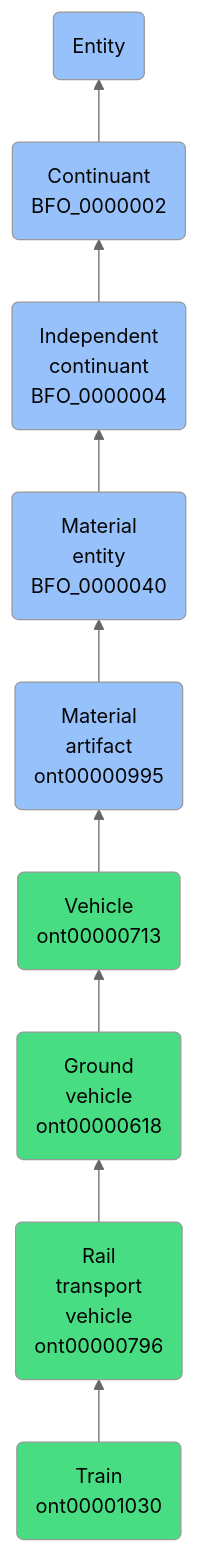
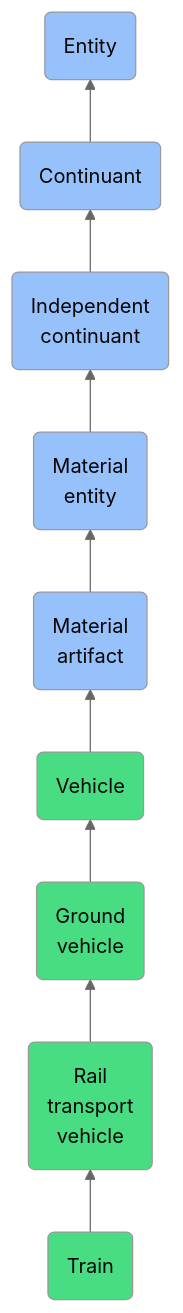
The diagram in docs/ontology/reference/model/Entity/Continuant/Independent continuant/Material entity/Material artifact/Vehicle/Ground vehicle/Rail transport vehicle/Train/Train.md (jupyter-naas/abi), drawn with Mermaid (neutral theme) before and after one commit. The commit also changed other lines of this file and 1430 other files, not shown here.

````diff
--- a/docs/ontology/reference/model/Entity/Continuant/Independent continuant/Material entity/Material artifact/Vehicle/Ground vehicle/Rail transport vehicle/Train/Train.md
+++ b/docs/ontology/reference/model/Entity/Continuant/Independent continuant/Material entity/Material artifact/Vehicle/Ground vehicle/Rail transport vehicle/Train/Train.md
@@ -25,16 +25,16 @@
 ```mermaid
 graph BT
-    ont00001030(Train<br>ont00001030):::ABI-->ont00000796
-    ont00000796(Rail<br>transport<br>vehicle<br>ont00000796):::ABI-->ont00000618
-    ont00000618(Ground<br>vehicle<br>ont00000618):::ABI-->ont00000713
-    ont00000713(Vehicle<br>ont00000713):::ABI-->ont00000995
-    ont00000995(Material<br>artifact<br>ont00000995):::BFO-->BFO_0000040
-    BFO_0000040(Material<br>entity<br>BFO_0000040):::BFO-->BFO_0000004
-    BFO_0000004(Independent<br>continuant<br>BFO_0000004):::BFO-->BFO_0000002
-    BFO_0000002(Continuant<br>BFO_0000002):::BFO-->BFO_0000001
+    ont00001030(Train):::ABI-->ont00000796
+    ont00000796(Rail<br>transport<br>vehicle):::ABI-->ont00000618
+    ont00000618(Ground<br>vehicle):::ABI-->ont00000713
+    ont00000713(Vehicle):::ABI-->ont00000995
+    ont00000995(Material<br>artifact):::BFO-->BFO_0000040
+    BFO_0000040(Material<br>entity):::BFO-->BFO_0000004
+    BFO_0000004(Independent<br>continuant):::BFO-->BFO_0000002
+    BFO_0000002(Continuant):::BFO-->BFO_0000001
     BFO_0000001(Entity):::BFO
     
     classDef BFO fill:#97c1fb,color:#060606
     classDef CCO fill:#e4c51e,color:#060606
     classDef ABI fill:#48DD82,color:#060606
 ```
````
